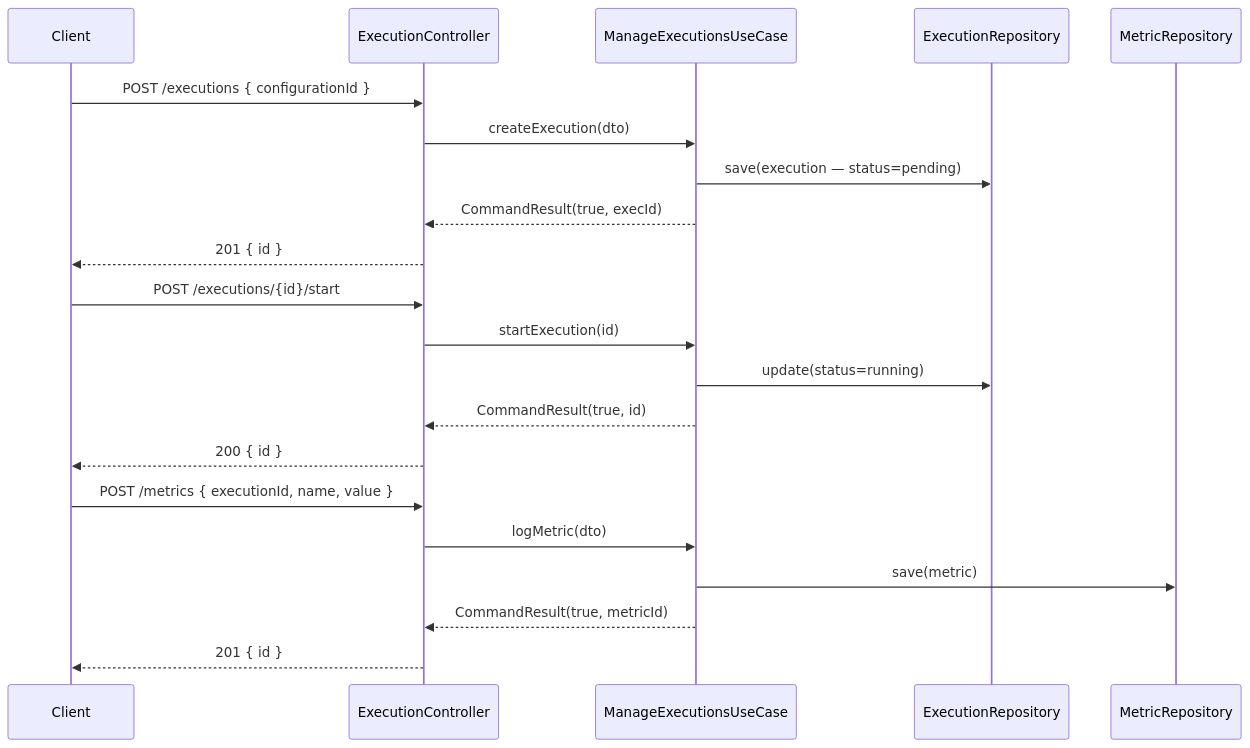
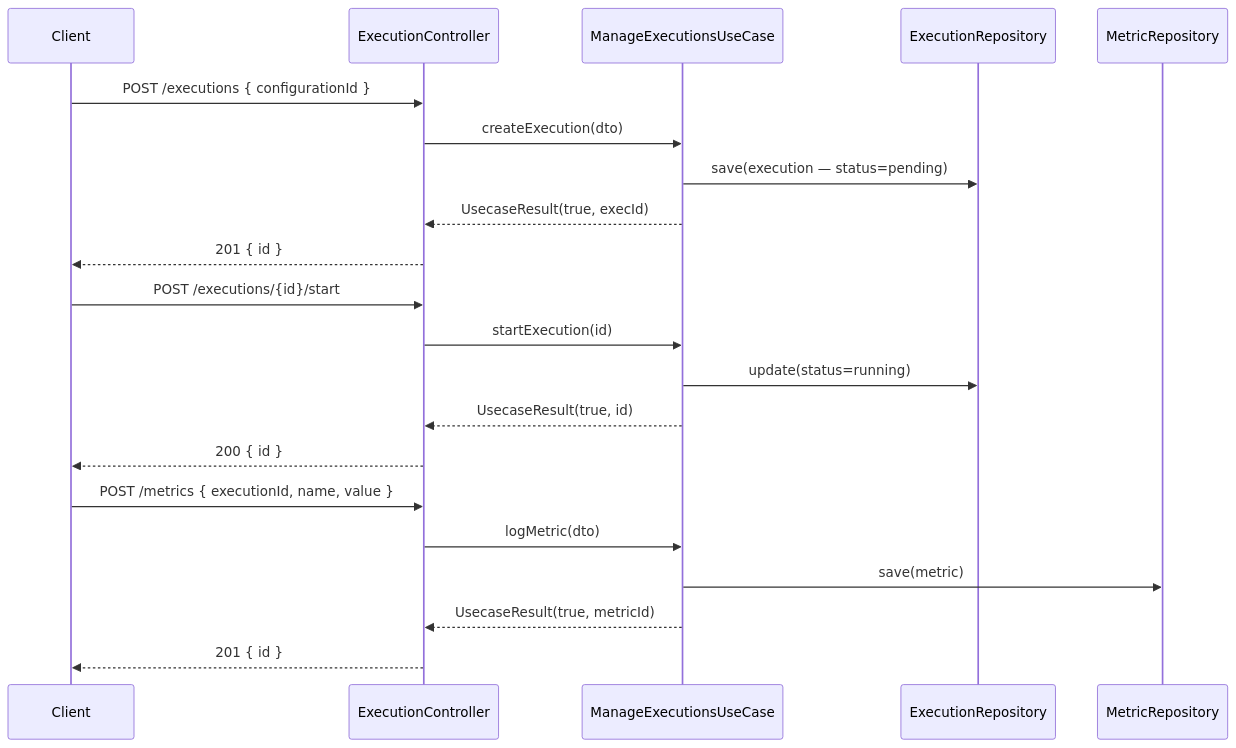
One commit to UIMSolutions/uim-platform changed the third of 4 diagrams in ai-core/UML.md. Above: the diagram before and after it, drawn with Mermaid. The commit also changed other lines of this file and 907 other files, not shown here.

Commit message:
Rename CommandResult

````diff
--- a/ai-core/UML.md
+++ b/ai-core/UML.md
@@ -171,26 +171,26 @@
 ```mermaid
 sequenceDiagram
     participant Client
     participant EC as ExecutionController
     participant EUC as ManageExecutionsUseCase
     participant ER as ExecutionRepository
     participant MR as MetricRepository
 
     Client->>EC: POST /executions { configurationId }
     EC->>EUC: createExecution(dto)
     EUC->>ER: save(execution — status=pending)
-    EUC-->>EC: CommandResult(true, execId)
+    EUC-->>EC: UsecaseResult(true, execId)
     EC-->>Client: 201 { id }
 
     Client->>EC: POST /executions/{id}/start
     EC->>EUC: startExecution(id)
     EUC->>ER: update(status=running)
-    EUC-->>EC: CommandResult(true, id)
+    EUC-->>EC: UsecaseResult(true, id)
     EC-->>Client: 200 { id }
 
     Client->>EC: POST /metrics { executionId, name, value }
     EC->>EUC: logMetric(dto)
     EUC->>MR: save(metric)
-    EUC-->>EC: CommandResult(true, metricId)
+    EUC-->>EC: UsecaseResult(true, metricId)
     EC-->>Client: 201 { id }
 ```
````
